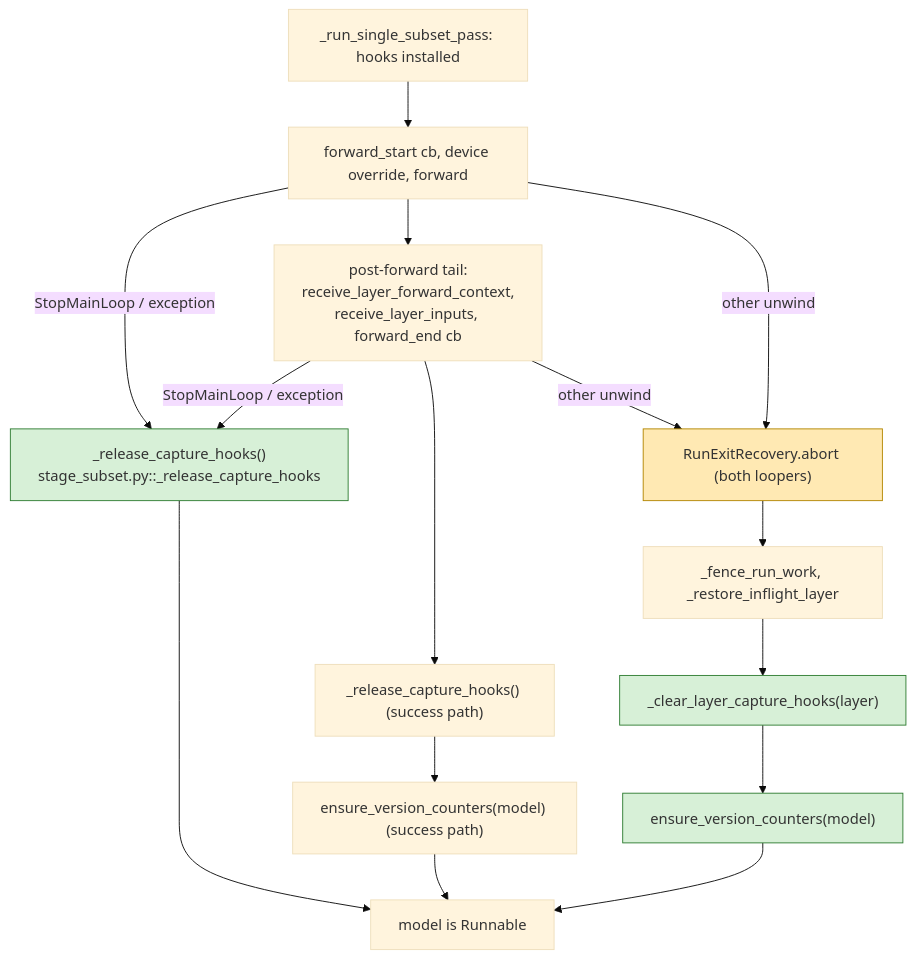
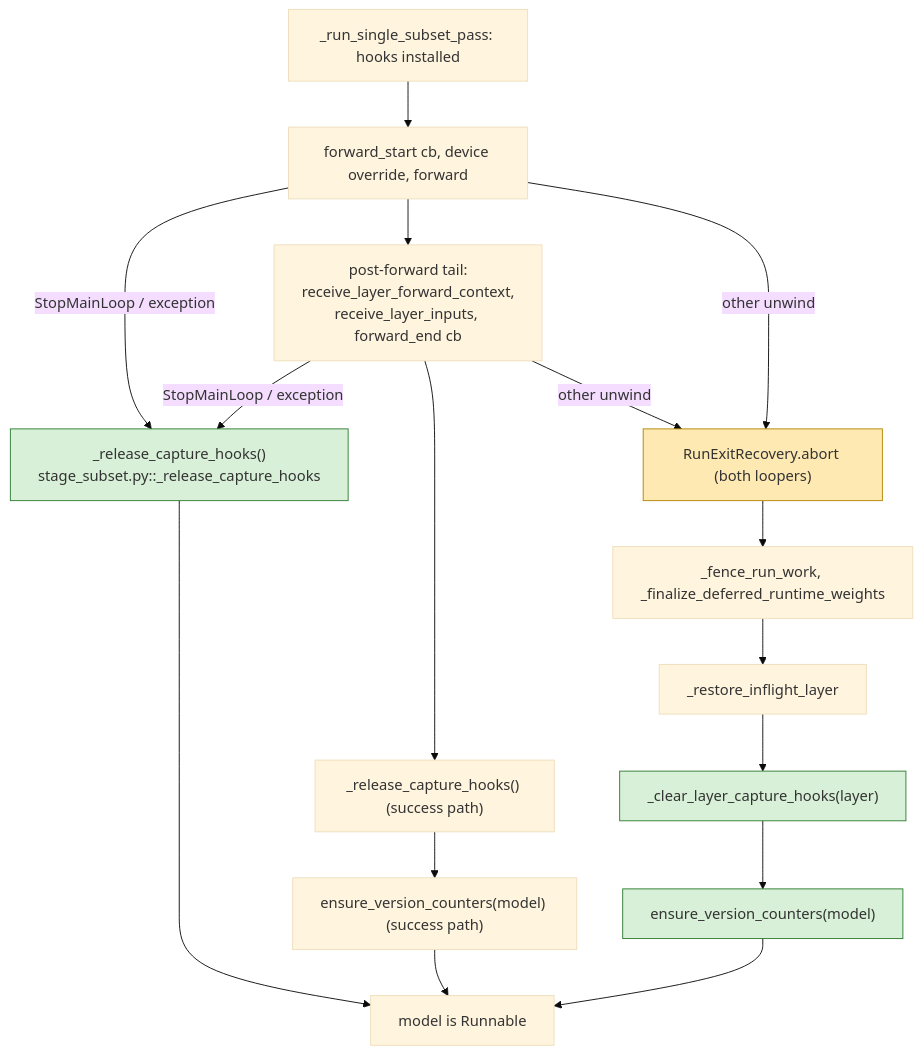
One commit to ModelCloud/GPTQModel changed the second of 3 diagrams in docs/cancelled-run-contract.md. Above: the diagram before and after it, drawn with Mermaid (base theme). The commit also changed other lines of this file and 5 other files, not shown here.

First line of the commit message:
fix(exl3): publish deferred runtime weights when a run exits early (#5083)

````diff
--- a/docs/cancelled-run-contract.md
+++ b/docs/cancelled-run-contract.md
@@ -31,21 +31,22 @@
 ```mermaid
 flowchart TD
     A["_run_single_subset_pass: hooks installed"] --> B["forward_start cb, device override, forward"]
     B -->|"StopMainLoop / exception"| R1["_release_capture_hooks()<br/>stage_subset.py::_release_capture_hooks"]
     B --> C["post-forward tail:<br/>receive_layer_forward_context,<br/>receive_layer_inputs, forward_end cb"]
     C -->|"StopMainLoop / exception"| R1
     C --> D["_release_capture_hooks() (success path)"]
     B -->|"other unwind"| E["RunExitRecovery.abort (both loopers)"]
     C -->|"other unwind"| E
     D --> F["ensure_version_counters(model) (success path)"]
-    E --> G["_fence_run_work, _restore_inflight_layer"]
-    G --> H["_clear_layer_capture_hooks(layer)"]
+    E --> G["_fence_run_work, _finalize_deferred_runtime_weights"]
+    G --> G2["_restore_inflight_layer"]
+    G2 --> H["_clear_layer_capture_hooks(layer)"]
     H --> I["ensure_version_counters(model)"]
     F --> J["model is Runnable"]
     I --> J
     R1 --> J
     style R1 fill:#d7f0d7,stroke:#2f7d32
     style H fill:#d7f0d7,stroke:#2f7d32
     style I fill:#d7f0d7,stroke:#2f7d32
     style E fill:#ffe9b3,stroke:#b38600
 ```
````
